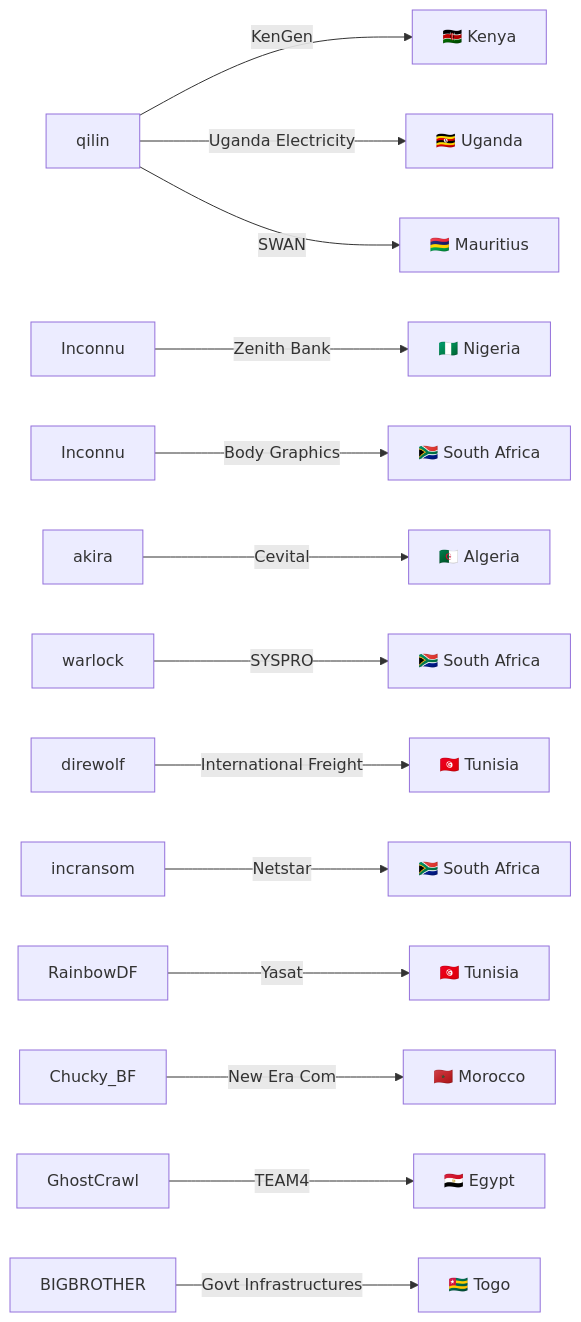
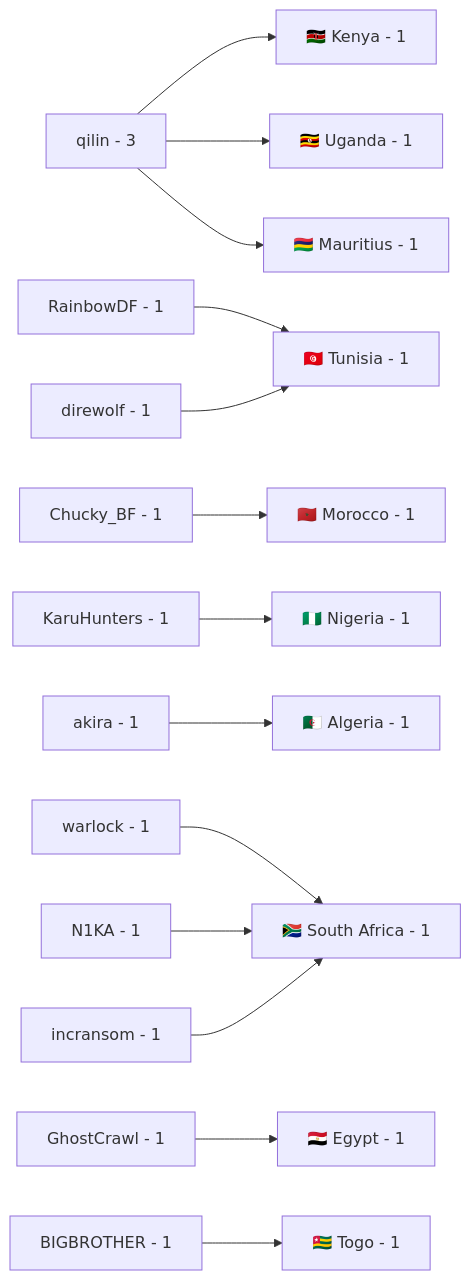
One commit to Hatchepsoute/AFRINTEL changed the second of 3 diagrams in CyberAttackAfrica/2025/08-august/README.md. Above: the diagram before and after it, drawn with Mermaid. The commit also changed other lines of this file and 35 other files, not shown here.

````diff
--- a/CyberAttackAfrica/2025/08-august/README.md
+++ b/CyberAttackAfrica/2025/08-august/README.md
@@ -216,16 +140,16 @@
 ```mermaid
-graph LR
-    qilin -->|KenGen| Kenya["🇰🇪 Kenya"]
-    qilin -->|Uganda Electricity| Uganda["🇺🇬 Uganda"]
-    qilin -->|SWAN| Mauritius["🇲🇺 Mauritius"]
-    inconnu1["Inconnu"] -->|Zenith Bank| Nigeria["🇳🇬 Nigeria"]
-    inconnu2["Inconnu"] -->|Body Graphics| SouthAfrica["🇿🇦 South Africa"]
-    akira -->|Cevital| Algeria["🇩🇿 Algeria"]
-    warlock -->|SYSPRO| SouthAfrica2["🇿🇦 South Africa"]
-    direwolf -->|International Freight| Tunisia["🇹🇳 Tunisia"]
-    incransom -->|Netstar| SouthAfrica3["🇿🇦 South Africa"]
-    RainbowDF -->|Yasat| Tunisia2["🇹🇳 Tunisia"]
-    Chucky_BF -->|New Era Com| Morocco["🇲🇦 Morocco"]
-    GhostCrawl -->|TEAM4| Egypt["🇪🇬 Egypt"]
-    BIGBROTHER -->|Govt Infrastructures| Togo["🇹🇬 Togo"]
+flowchart LR
+    QIL["qilin - 3"] --> KE["🇰🇪 Kenya - 1"]
+    QIL --> UG["🇺🇬 Uganda - 1"]
+    QIL --> MU["🇲🇺 Mauritius - 1"]
+    RAI["RainbowDF - 1"] --> TN["🇹🇳 Tunisia - 1"]
+    CHU["Chucky_BF - 1"] --> MA["🇲🇦 Morocco - 1"]
+    KAR["KaruHunters - 1"] --> NG["🇳🇬 Nigeria - 1"]
+    AKI["akira - 1"] --> DZ["🇩🇿 Algeria - 1"]
+    WAR["warlock - 1"] --> ZA["🇿🇦 South Africa - 1"]
+    N1K["N1KA - 1"] --> ZA
+    DIR["direwolf - 1"] --> TN
+    INC["incransom - 1"] --> ZA
+    GHO["GhostCrawl - 1"] --> EG["🇪🇬 Egypt - 1"]
+    BIG["BIGBROTHER - 1"] --> TG["🇹🇬 Togo - 1"]
 ```
````
